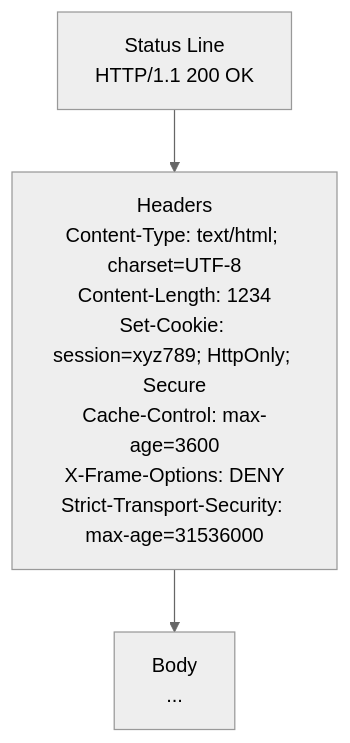
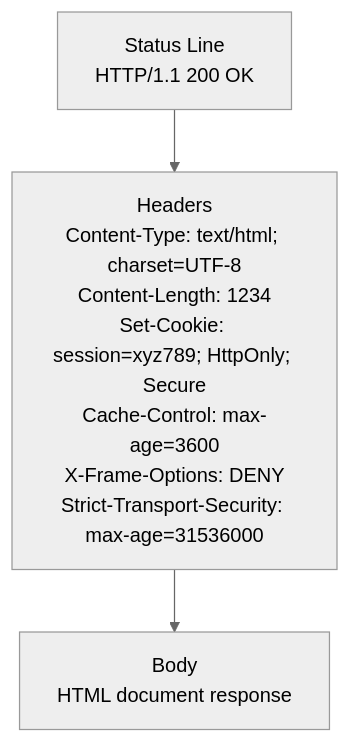
The seventh of 27 diagrams in 06-WebServers/01-http-fundamentals.md (ShasidharReddy/Linux), drawn with Mermaid (neutral theme) before and after one commit. The commit also changed other lines of this file and 24 other files, not shown here.

````diff
--- a/06-WebServers/01-http-fundamentals.md
+++ b/06-WebServers/01-http-fundamentals.md
@@ -550,5 +550,5 @@
 ```mermaid
 graph TD
     A["Status Line<br/>HTTP/1.1 200 OK"] --> B["Headers<br/>Content-Type: text/html; charset=UTF-8<br/>Content-Length: 1234<br/>Set-Cookie: session=xyz789; HttpOnly; Secure<br/>Cache-Control: max-age=3600<br/>X-Frame-Options: DENY<br/>Strict-Transport-Security: max-age=31536000"]
-    B --> C["Body<br/><!DOCTYPE html><html>...</html>"]
+    B --> C["Body<br/>HTML document response"]
 ```
````
